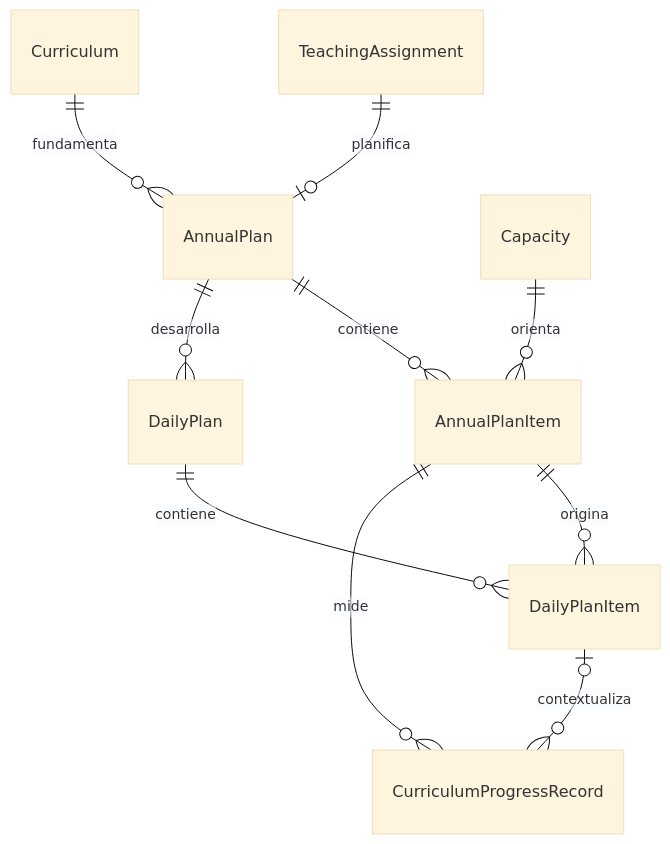
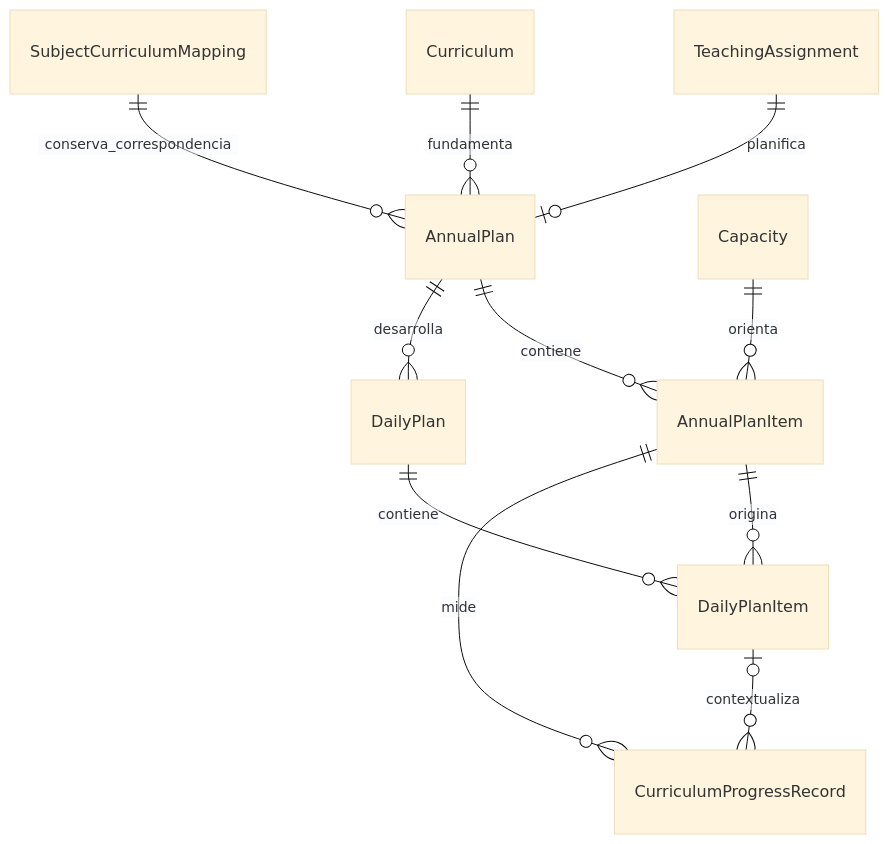
The seventh of 8 diagrams in docs/architecture/DATABASE.md (exfrioss/EduGestor-V1-Tesis), drawn with Mermaid (base theme) before and after one commit. The commit also changed other lines of this file, not shown here.

Commit message:
docs: refine EduGestor curriculum data model

````diff
--- a/docs/architecture/DATABASE.md
+++ b/docs/architecture/DATABASE.md
@@ -495,13 +559,14 @@
 ```mermaid
 erDiagram
     direction TB
     TeachingAssignment ||--o| AnnualPlan : planifica
     Curriculum ||--o{ AnnualPlan : fundamenta
+    SubjectCurriculumMapping ||--o{ AnnualPlan : conserva_correspondencia
     AnnualPlan ||--o{ AnnualPlanItem : contiene
     Capacity ||--o{ AnnualPlanItem : orienta
     AnnualPlan ||--o{ DailyPlan : desarrolla
     DailyPlan ||--o{ DailyPlanItem : contiene
     AnnualPlanItem ||--o{ DailyPlanItem : origina
     AnnualPlanItem ||--o{ CurriculumProgressRecord : mide
     DailyPlanItem o|--o{ CurriculumProgressRecord : contextualiza
 ```
````
